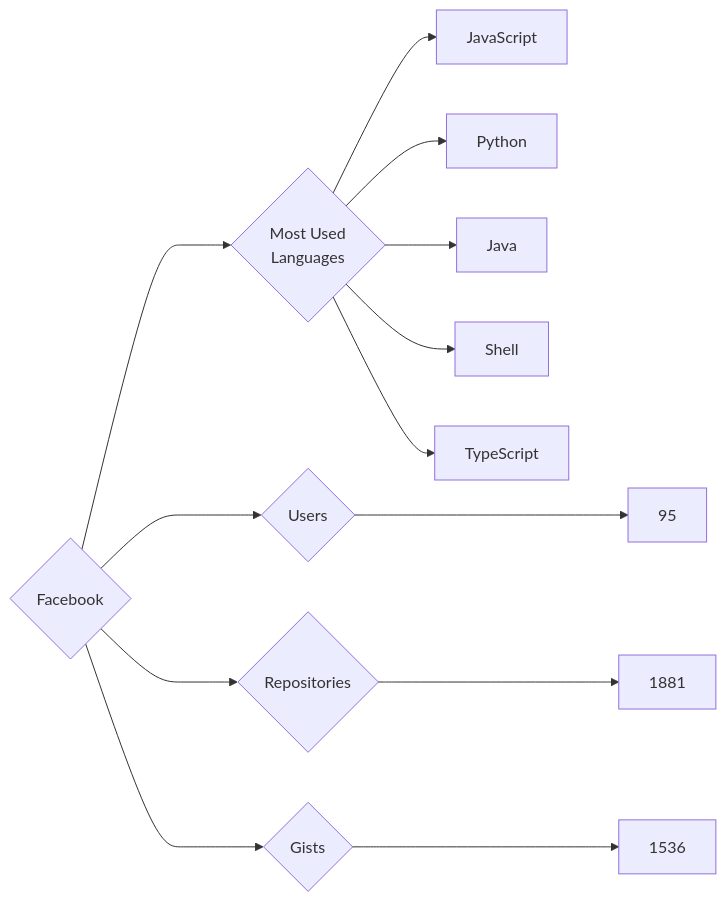
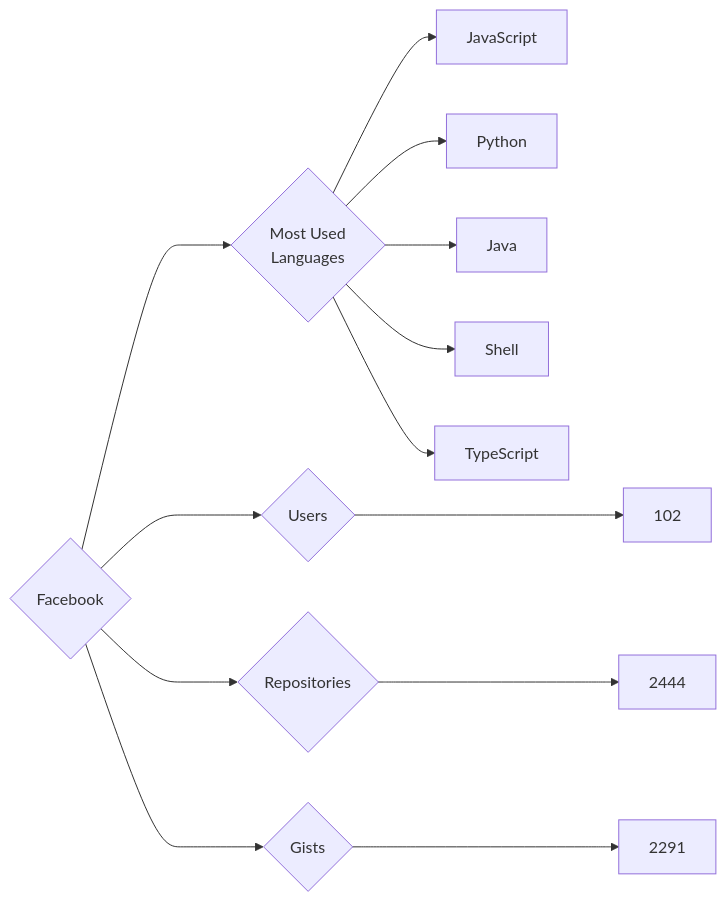
One commit to trickest/insiders changed the diagram in targets/Facebook/README.md. Above: the diagram before and after it, drawn with Mermaid. The commit also changed 823 other files, not shown here.

````diff
--- a/targets/Facebook/README.md
+++ b/targets/Facebook/README.md
@@ -3,13 +3,13 @@
 ```mermaid
 graph LR
 COMPANY_NAME{Facebook}
-COMPANY_NAME ---> U{Users} ---> UN[95]
-COMPANY_NAME ---> R{Repositories} ---> RN[1881]
-COMPANY_NAME ---> G{Gists} ---> GN[1536]
+COMPANY_NAME ---> U{Users} ---> UN[102]
+COMPANY_NAME ---> R{Repositories} ---> RN[2444]
+COMPANY_NAME ---> G{Gists} ---> GN[2291]
 COMPANY_NAME ---> ML{Most Used<br>Languages}
 ML --> JavaScript[JavaScript]
 ML --> Python[Python]
 ML --> Java[Java]
 ML --> Shell[Shell]
 ML --> TypeScript[TypeScript]
 ```
````
